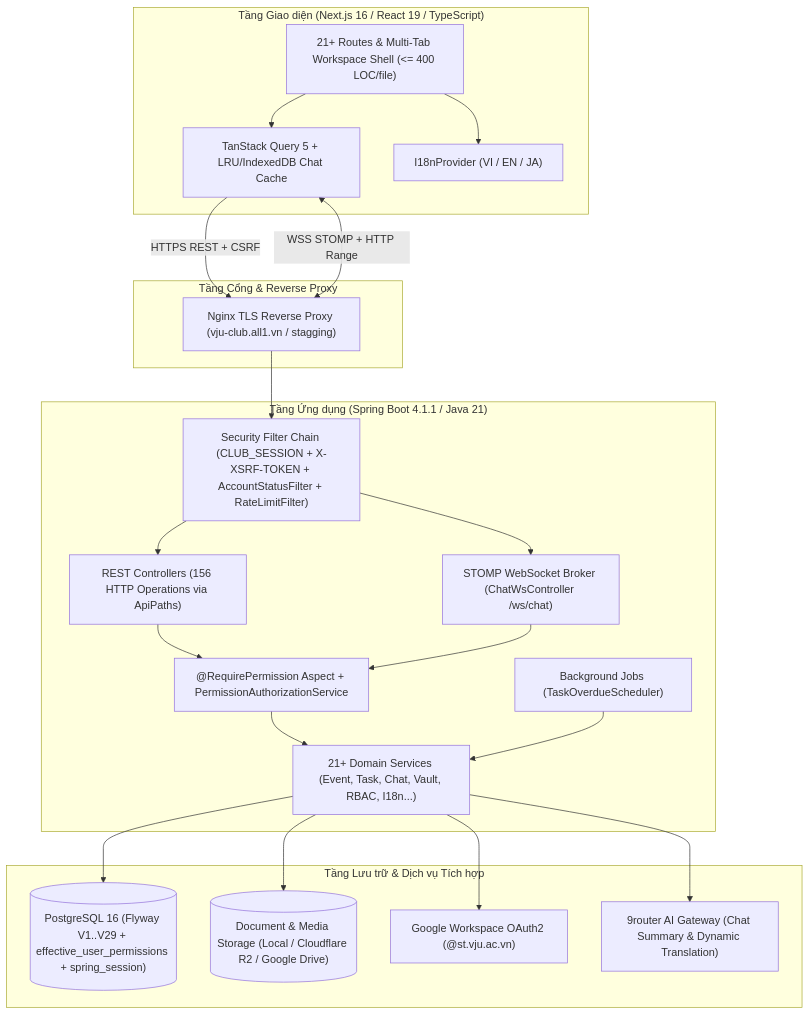
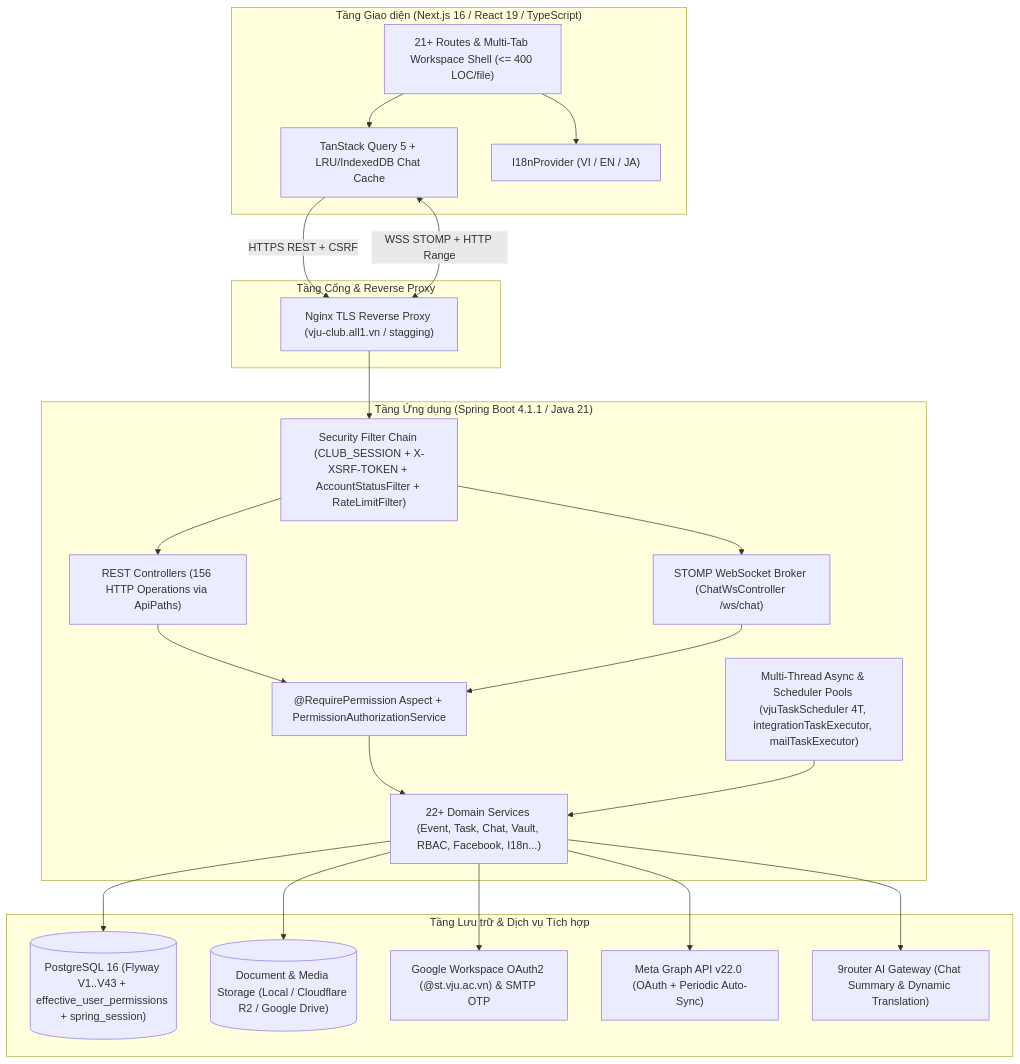
Before and after one commit to NguyenPhat2412/club-basic-vju: the first of 2 diagrams in docs/archi/README.md, drawn with Mermaid. The commit also changed 28 other files, not shown here.

Commit message:
feat(async,facebook,docs): add centralized async pools, graceful shutdown, V43 Facebook auto-sync, ADR-007 & Sprint 4 report

````diff
--- a/docs/archi/README.md
+++ b/docs/archi/README.md
@@ -9,44 +9,46 @@
 ```mermaid
 flowchart TB
     subgraph Client["Tầng Giao diện (Next.js 16 / React 19 / TypeScript)"]
         UI["21+ Routes & Multi-Tab Workspace Shell (<= 400 LOC/file)"]
         RQ["TanStack Query 5 + LRU/IndexedDB Chat Cache"]
         I18N["I18nProvider (VI / EN / JA)"]
     end
 
     subgraph Edge["Tầng Cổng & Reverse Proxy"]
         NGX["Nginx TLS Reverse Proxy (vju-club.all1.vn / stagging)"]
     end
 
     subgraph Backend["Tầng Ứng dụng (Spring Boot 4.1.1 / Java 21)"]
         SEC["Security Filter Chain (CLUB_SESSION + X-XSRF-TOKEN + AccountStatusFilter + RateLimitFilter)"]
         REST["REST Controllers (156 HTTP Operations via ApiPaths)"]
         WS["STOMP WebSocket Broker (ChatWsController /ws/chat)"]
         AOP["@RequirePermission Aspect + PermissionAuthorizationService"]
-        SVC["21+ Domain Services (Event, Task, Chat, Vault, RBAC, I18n...)"]
-        SCHED["Background Jobs (TaskOverdueScheduler)"]
+        SVC["22+ Domain Services (Event, Task, Chat, Vault, RBAC, Facebook, I18n...)"]
+        SCHED["Multi-Thread Async & Scheduler Pools (vjuTaskScheduler 4T, integrationTaskExecutor, mailTaskExecutor)"]
     end
 
     subgraph Data["Tầng Lưu trữ & Dịch vụ Tích hợp"]
-        PG[("PostgreSQL 16 (Flyway V1..V29 + effective_user_permissions + spring_session)")]
+        PG[("PostgreSQL 16 (Flyway V1..V43 + effective_user_permissions + spring_session)")]
         OBJ[("Document & Media Storage (Local / Cloudflare R2 / Google Drive)")]
-        OAUTH["Google Workspace OAuth2 (@st.vju.ac.vn)"]
+        OAUTH["Google Workspace OAuth2 (@st.vju.ac.vn) & SMTP OTP"]
+        FB["Meta Graph API v22.0 (OAuth + Periodic Auto-Sync)"]
         AI["9router AI Gateway (Chat Summary & Dynamic Translation)"]
     end
 
     UI --> RQ
     UI --> I18N
     RQ -->|"HTTPS REST + CSRF"| NGX
     RQ <-->|"WSS STOMP + HTTP Range"| NGX
     NGX --> SEC
     SEC --> REST
     SEC --> WS
     REST --> AOP
     WS --> AOP
     AOP --> SVC
     SCHED --> SVC
     SVC --> PG
     SVC --> OBJ
     SVC --> OAUTH
+    SVC --> FB
     SVC --> AI
 ```
````
